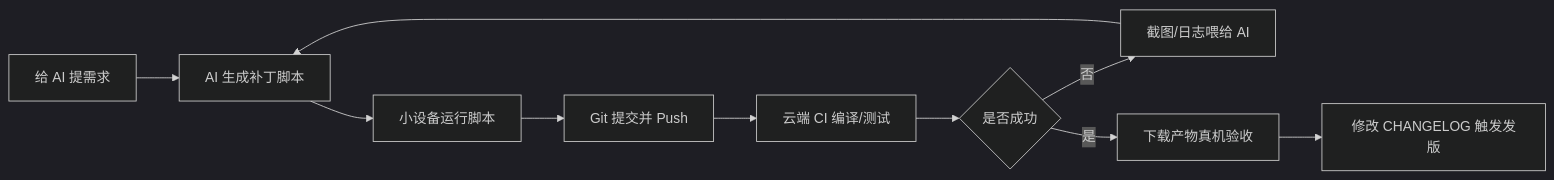
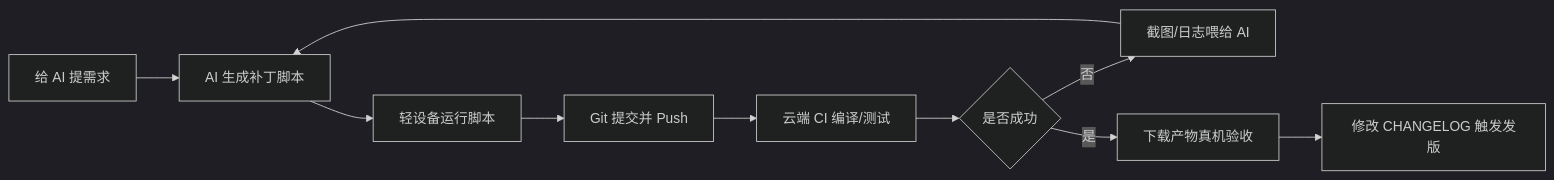
The diagram in README.md (styisme/mobile-ai-dev-playbook), drawn with Mermaid (dark theme) before and after one commit. The commit also changed other lines of this file, not shown here.

````diff
--- a/README.md
+++ b/README.md
@@ -147,12 +150,12 @@
 ```mermaid
 flowchart LR
     A[给 AI 提需求] --> B[AI 生成补丁脚本]
-    B --> C[小设备运行脚本]
+    B --> C[轻设备运行脚本]
     C --> D[Git 提交并 Push]
     D --> E[云端 CI 编译/测试]
     E --> F{是否成功}
     F -- 否 --> G[截图/日志喂给 AI]
     G --> B
     F -- 是 --> H[下载产物真机验收]
     H --> I[修改 CHANGELOG 触发发版]
 ```
````
